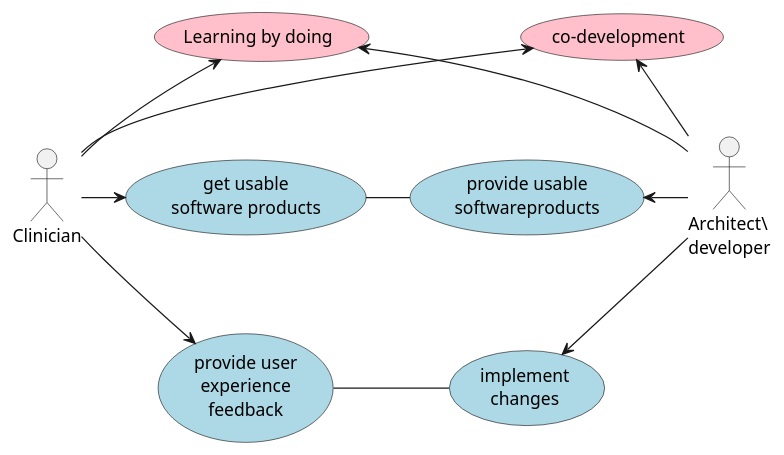
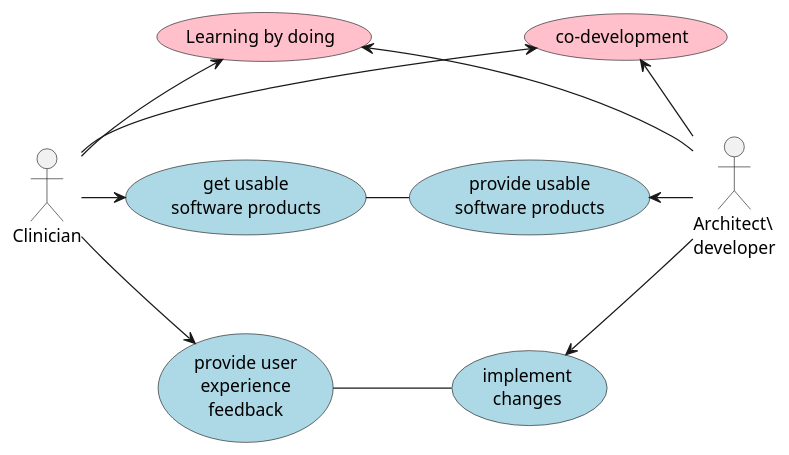
The diagram in FHIR-hackathon-2025/input/images-source/clinician-use-case.plantuml (HL7Norway/FHIR-hackathon-2025), drawn with PlantUML before and after one commit. The commit also changed 1 other file, not shown here.

```diff
--- a/FHIR-hackathon-2025/input/images-source/clinician-use-case.plantuml
+++ b/FHIR-hackathon-2025/input/images-source/clinician-use-case.plantuml
@@ -1,29 +1,29 @@
 @startuml
 
 "Clinician" as clinician
 "Architect\\\ndeveloper" as developer
 
 'rectangle "test" as rect {
 "co-development" as (codevelop) #pink
 "Learning by doing" as (doing) #pink
 "get usable\nsoftware products" as (getusable) #lightblue
-"provide usable\nsoftwareproducts" as (provideusable) #lightblue
+"provide usable\nsoftware products" as (provideusable) #lightblue
 "provide user\nexperience\nfeedback" as (provide) #lightblue
 "implement\nchanges" as (implement) #lightblue
 
 developer -up-> codevelop
 developer -up-> doing
 developer -left-> provideusable
 developer -down-> implement
 getusable -right- provideusable
 provide -right- implement
 getusable -down[hidden]- provide
 
 clinician -up-> codevelop
 clinician -up-> doing
 clinician -right-> getusable
 clinician -down-> provide
 
 provideusable -down[hidden]- implement
 
 @enduml
```
